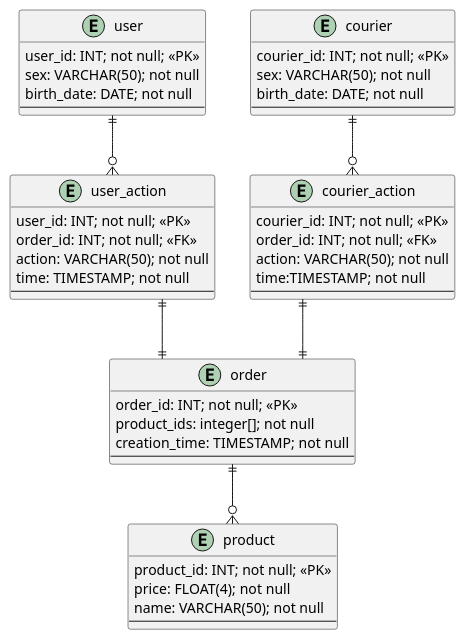
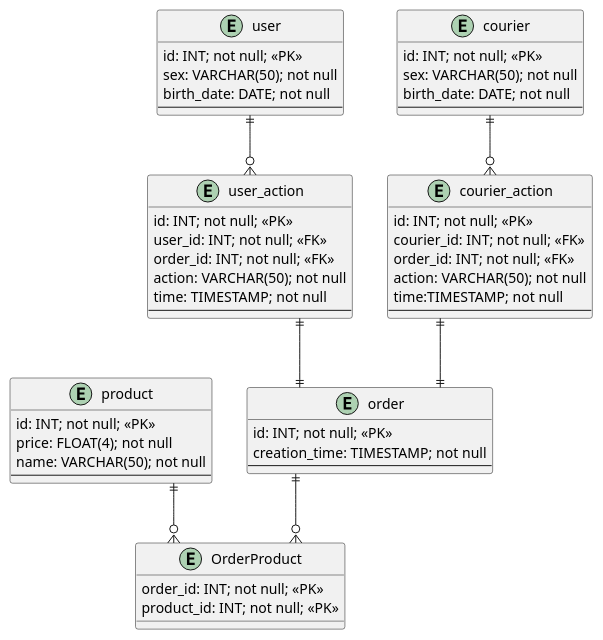
One commit to Ankeru/archive changed the diagram in PluntUML/СourierService_ERD.puml. Above: the diagram before and after it, drawn with PlantUML.

Commit message:
Update СourierService_ERD.puml
Декомпозировал отношения между заказом и продуктами

```diff
--- a/PluntUML/СourierService_ERD.puml
+++ b/PluntUML/СourierService_ERD.puml
@@ -1,48 +1,55 @@
 @startuml
 skinparam linetype ortho
 
 entity order {
-order_id: INT; not null; <<PK>>
-product_ids: integer[]; not null
+id: INT; not null; <<PK>>
 creation_time: TIMESTAMP; not null
 --
 }
 entity user {
-user_id: INT; not null; <<PK>>
+id: INT; not null; <<PK>>
 sex: VARCHAR(50); not null
 birth_date: DATE; not null
 --
 }
 entity user_action {
-user_id: INT; not null; <<PK>>
+id: INT; not null; <<PK>>
+user_id: INT; not null; <<FK>>
 order_id: INT; not null; <<FK>>
 action: VARCHAR(50); not null
 time: TIMESTAMP; not null
 --
 }
 entity product {
-product_id: INT; not null; <<PK>>
+id: INT; not null; <<PK>>
 price: FLOAT(4); not null
 name: VARCHAR(50); not null
 --
 }
 entity courier {
-courier_id: INT; not null; <<PK>>
+id: INT; not null; <<PK>>
 sex: VARCHAR(50); not null
 birth_date: DATE; not null
 --
 }
 entity courier_action {
-courier_id: INT; not null; <<PK>>
+id: INT; not null; <<PK>>
+courier_id: INT; not null; <<FK>>
 order_id: INT; not null; <<FK>>
 action: VARCHAR(50); not null
 time:TIMESTAMP; not null
 --
 }
 
+entity OrderProduct {
+order_id: INT; not null; <<PK>>
+product_id: INT; not null; <<PK>>
+}
+
 user ||--o{ user_action
 user_action ||--|| order
 courier ||--o{ courier_action
 courier_action ||--|| order
-order ||--o{ product
+order ||--o{OrderProduct 
+product ||--o{ OrderProduct
 @enduml
```
